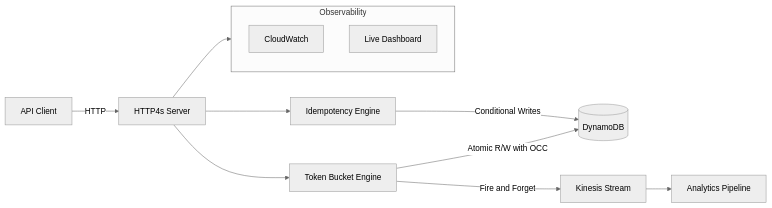
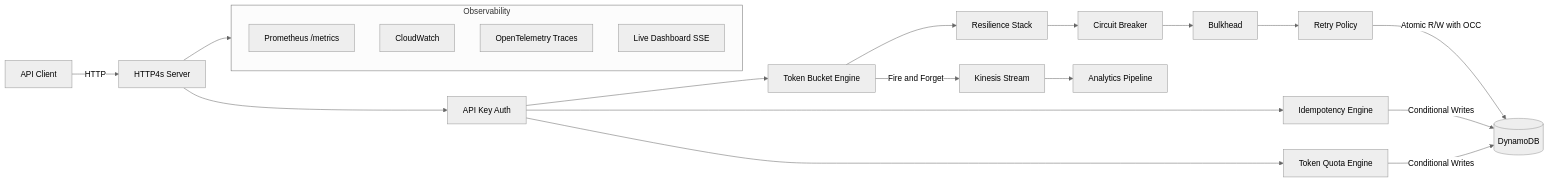
Before and after one commit to saintparish4/keyra: the first of 2 diagrams in README.md, drawn with Mermaid (neutral theme). The commit also changed other lines of this file, not shown here.

````diff
--- a/README.md
+++ b/README.md
@@ -38,15 +40,24 @@
 ```mermaid
 flowchart LR
     Client[API Client] -->|HTTP| Server[HTTP4s Server]
-    Server --> RateLimiter[Token Bucket Engine]
-    Server --> Idempotency[Idempotency Engine]
-    RateLimiter -->|"Atomic R/W with OCC"| DynamoDB[(DynamoDB)]
+    Server --> Auth[API Key Auth]
+    Auth --> RateLimiter[Token Bucket Engine]
+    Auth --> Idempotency[Idempotency Engine]
+    Auth --> Quota[Token Quota Engine]
+    RateLimiter --> Resilient[Resilience Stack]
+    Resilient --> CB[Circuit Breaker]
+    CB --> BH[Bulkhead]
+    BH --> Retry[Retry Policy]
+    Retry -->|"Atomic R/W with OCC"| DynamoDB[(DynamoDB)]
     Idempotency -->|"Conditional Writes"| DynamoDB
+    Quota -->|"Conditional Writes"| DynamoDB
     RateLimiter -->|"Fire and Forget"| Kinesis[Kinesis Stream]
     Kinesis --> Analytics[Analytics Pipeline]
     subgraph observability [Observability]
+        Prometheus[Prometheus /metrics]
         CloudWatch[CloudWatch]
-        Dashboard[Live Dashboard]
+        OTel[OpenTelemetry Traces]
+        Dashboard[Live Dashboard SSE]
     end
     Server --> observability
 ```
````
